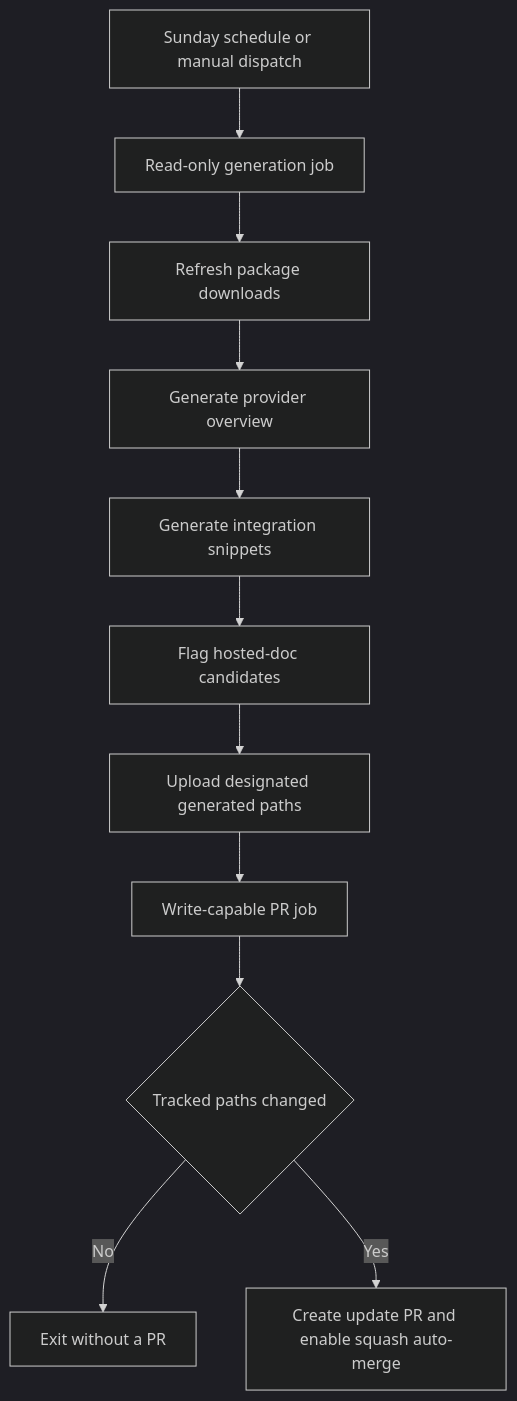
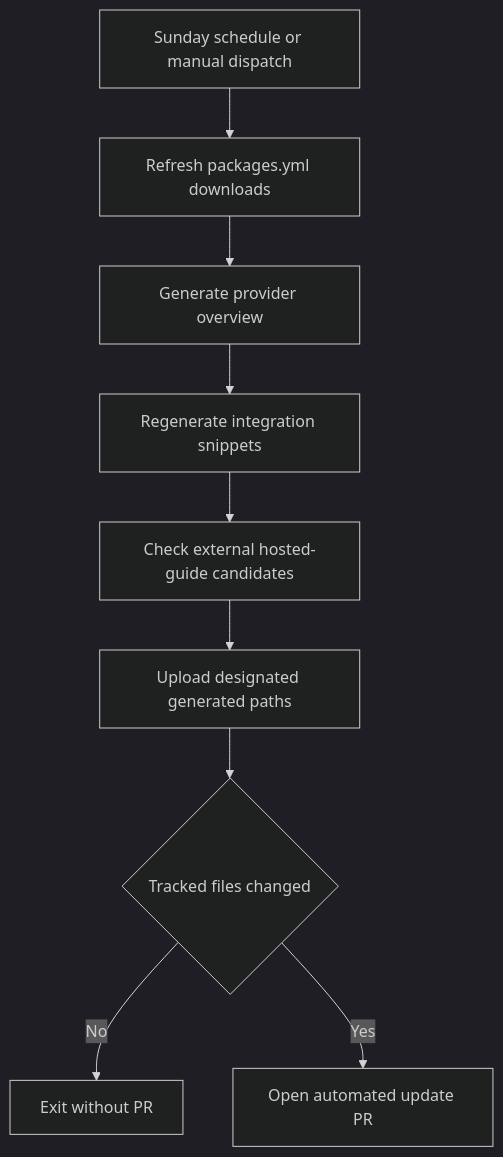
One commit to langchain-ai/docs changed the third of 3 diagrams in openwiki/workflows/integration-listing-automation.md. Above: the diagram before and after it, drawn with Mermaid (dark theme). The commit also changed other lines of this file and 20 other files, not shown here.

````diff
--- a/openwiki/workflows/integration-listing-automation.md
+++ b/openwiki/workflows/integration-listing-automation.md
@@ -167,13 +137,11 @@
 ```mermaid
 flowchart TD
-    Trigger["Sunday schedule or manual dispatch"] --> Generation["Read-only generation job"]
-    Generation --> Downloads["Refresh package downloads"]
-    Downloads --> Provider["Generate provider overview"]
-    Provider --> Tables["Generate integration snippets"]
-    Tables --> Candidates["Flag hosted-doc candidates"]
-    Candidates --> Artifact["Upload designated generated paths"]
-    Artifact --> Writer["Write-capable PR job"]
-    Writer --> Changed{"Tracked paths changed"}
-    Changed -- No --> Stop["Exit without a PR"]
-    Changed -- Yes --> PR["Create update PR and enable squash auto-merge"]
+    Schedule["Sunday schedule or manual dispatch"] --> Counts["Refresh packages.yml downloads"]
+    Counts --> Provider["Generate provider overview"]
+    Provider --> Snippets["Regenerate integration snippets"]
+    Snippets --> Flag["Check external hosted-guide candidates"]
+    Flag --> Artifact["Upload designated generated paths"]
+    Artifact --> Diff{"Tracked files changed"}
+    Diff -- "No" --> NoPR["Exit without PR"]
+    Diff -- "Yes" --> PR["Open automated update PR"]
 ```
````
